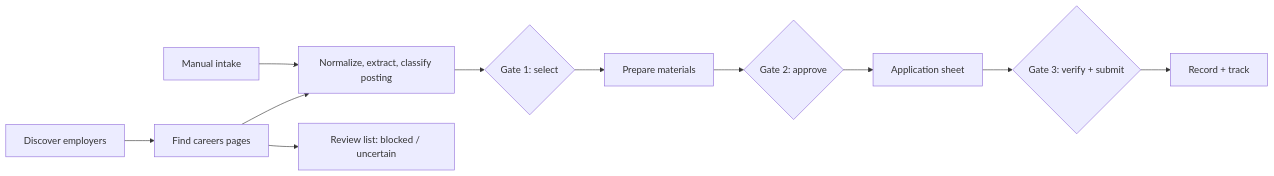
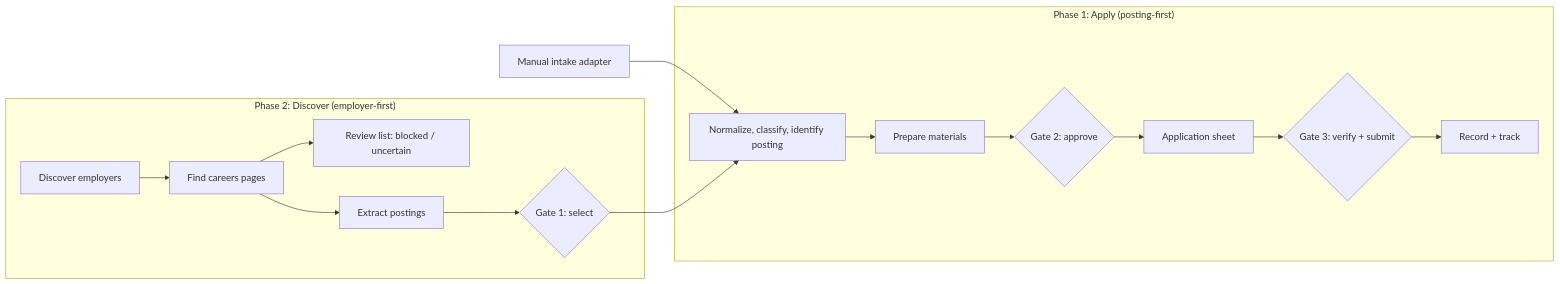
One commit to eveecooper/roborecruiter changed the first of 3 diagrams in docs/planning/01-engineering-plan.md. Above: the diagram before and after it, drawn with Mermaid. The commit also changed other lines of this file and 7 other files, not shown here.

````diff
--- a/docs/planning/01-engineering-plan.md
+++ b/docs/planning/01-engineering-plan.md
@@ -99,13 +138,18 @@
 ```mermaid
 flowchart LR
-    A[Discover employers] --> B[Find careers pages]
-    B --> C[Normalize, extract, classify posting]
-    B --> R[Review list: blocked / uncertain]
-    M[Manual intake] --> C
-    C --> D{Gate 1: select}
-    D --> E[Prepare materials]
-    E --> F{Gate 2: approve}
-    F --> G[Application sheet]
-    G --> H{Gate 3: verify + submit}
-    H --> I[Record + track]
+    subgraph P2["Phase 2: Discover (employer-first)"]
+        A[Discover employers] --> B[Find careers pages]
+        B --> R[Review list: blocked / uncertain]
+        B --> X[Extract postings]
+        X --> D{Gate 1: select}
+    end
+    subgraph P1["Phase 1: Apply (posting-first)"]
+        C[Normalize, classify, identify posting] --> E[Prepare materials]
+        E --> F{Gate 2: approve}
+        F --> G[Application sheet]
+        G --> H{Gate 3: verify + submit}
+        H --> I[Record + track]
+    end
+    M[Manual intake adapter] --> C
+    D --> C
 ```
````
